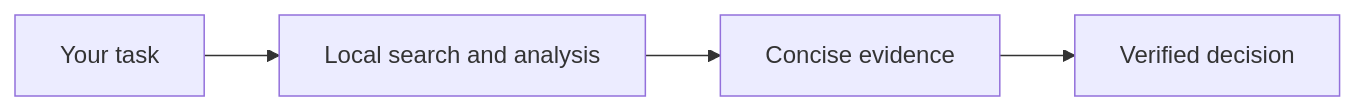
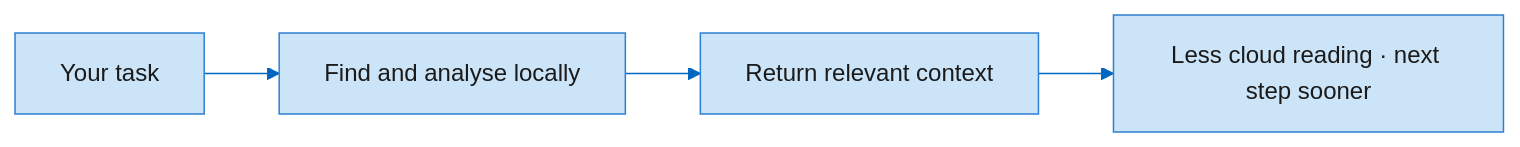
One commit to MrAliev/local-ai-toolkit changed the diagram in docs/wiki/Home.md. Above: the diagram before and after it, drawn with Mermaid. The commit also changed other lines of this file and 18 other files, not shown here.

````diff
--- a/docs/wiki/Home.md
+++ b/docs/wiki/Home.md
@@ -13,6 +16,17 @@
 ```mermaid
+---
+config:
+  theme: base
+  themeVariables:
+    primaryColor: "#CCE4F7"
+    primaryTextColor: "#1A1A1A"
+    primaryBorderColor: "#2D7FD3"
+    lineColor: "#0067C0"
+    secondaryColor: "#FAFAFA"
+    tertiaryColor: "#F3F3F3"
+---
 flowchart LR
-  intent["Your task"] --> context["Local search and analysis"]
-  context --> evidence["Concise evidence"]
-  evidence --> decision["Verified decision"]
+  intent["Your task"] --> context["Find and analyse locally"]
+  context --> evidence["Return relevant context"]
+  evidence --> decision["Less cloud reading · next step sooner"]
 ```
````
